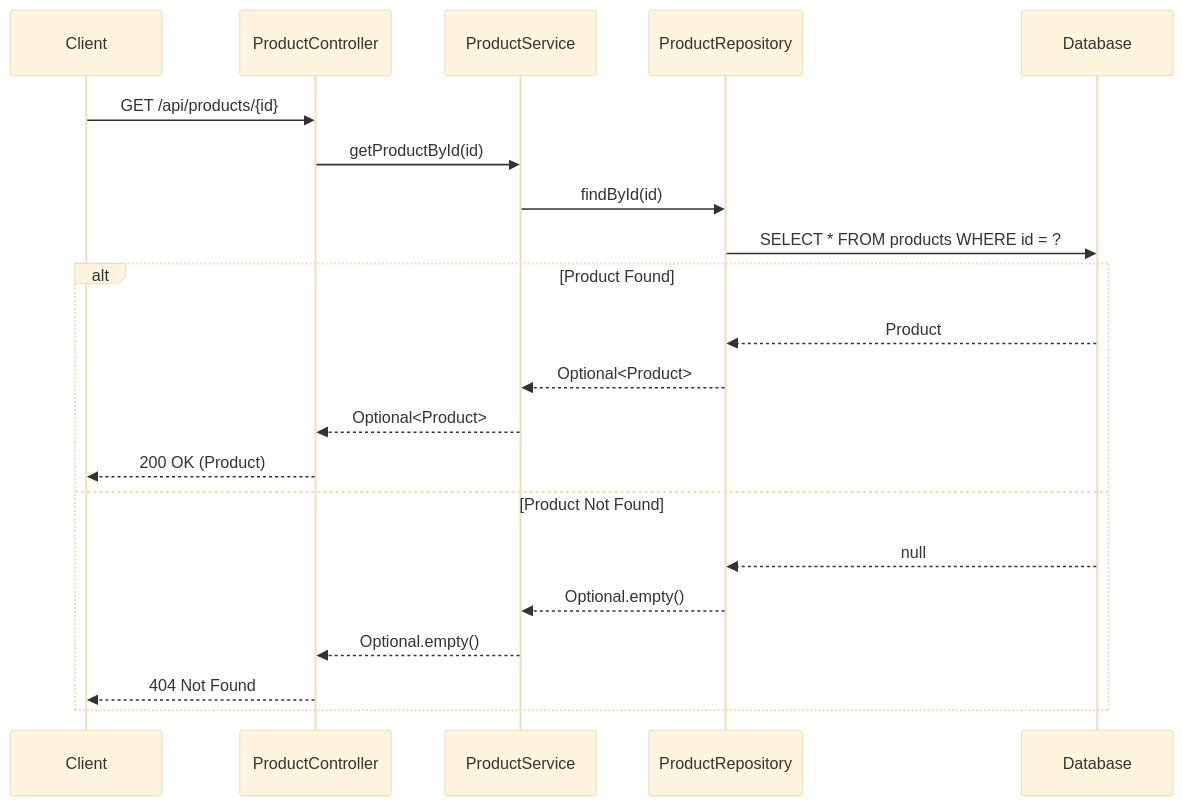
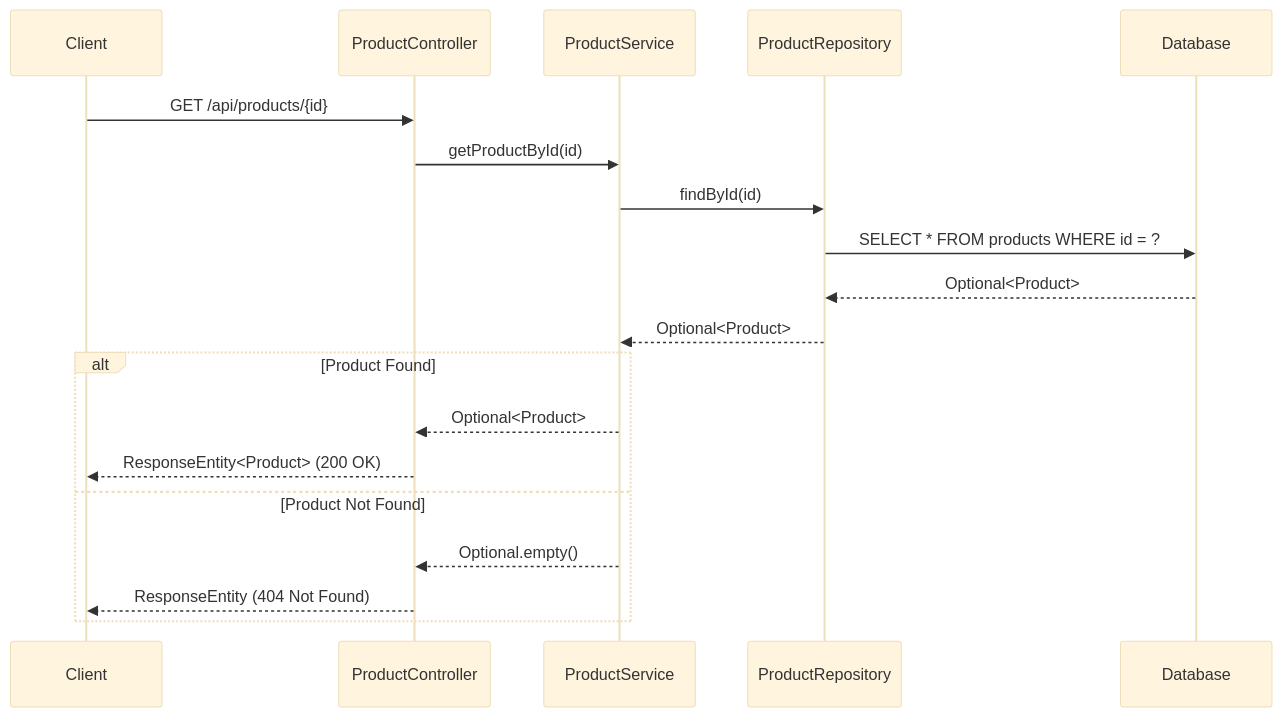
Before and after one commit to NavneetBN47/aava-ecom-demo: the fourth of 13 diagrams in docs/LLD/modified_lld.md, drawn with Mermaid (base theme). The commit also changed other lines of this file, not shown here.

````diff
--- a/docs/LLD/modified_lld.md
+++ b/docs/LLD/modified_lld.md
@@ -210,25 +239,22 @@
 ```mermaid
 sequenceDiagram
     participant Client
     participant ProductController
     participant ProductService
     participant ProductRepository
     participant Database
 
     Client->>ProductController: GET /api/products/{id}
     ProductController->>ProductService: getProductById(id)
     ProductService->>ProductRepository: findById(id)
     ProductRepository->>Database: SELECT * FROM products WHERE id = ?
-    
+    Database-->>ProductRepository: Optional<Product>
+    ProductRepository-->>ProductService: Optional<Product>
     alt Product Found
-        Database-->>ProductRepository: Product
-        ProductRepository-->>ProductService: Optional<Product>
         ProductService-->>ProductController: Optional<Product>
-        ProductController-->>Client: 200 OK (Product)
+        ProductController-->>Client: ResponseEntity<Product> (200 OK)
     else Product Not Found
-        Database-->>ProductRepository: null
-        ProductRepository-->>ProductService: Optional.empty()
         ProductService-->>ProductController: Optional.empty()
-        ProductController-->>Client: 404 Not Found
+        ProductController-->>Client: ResponseEntity (404 Not Found)
     end
 ```
````
